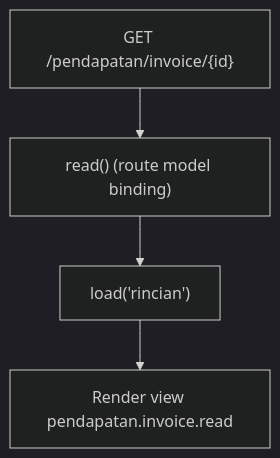
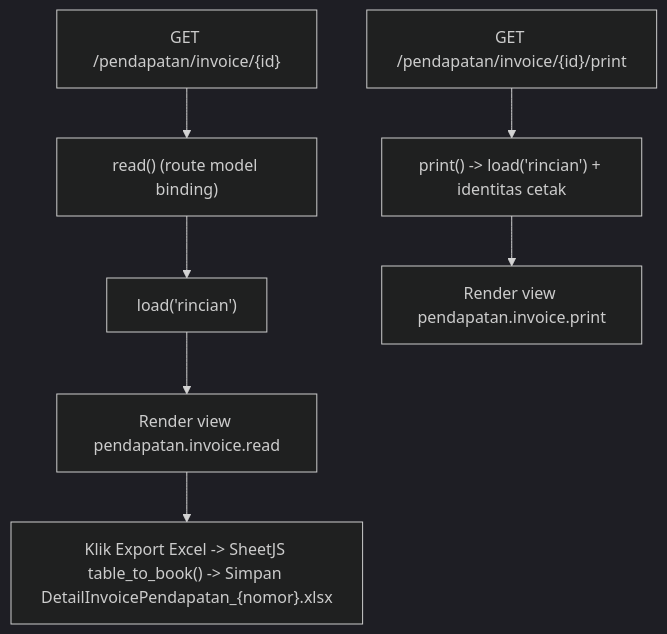
Before and after one commit to AltamaSidoarjo/laravel-siakurat-pt-smt: the second of 2 diagrams in dokumentasi/pendapatan-invoice.md, drawn with Mermaid (dark theme). The commit also changed other lines of this file and 5 other files, not shown here.

Commit message:
feat(pendapatan-invoice): tambah fitur print dan export excel di detail invoice

````diff
--- a/dokumentasi/pendapatan-invoice.md
+++ b/dokumentasi/pendapatan-invoice.md
@@ -53,6 +56,9 @@
 ```mermaid
 flowchart TD
     A["GET /pendapatan/invoice/{id}"] --> B["read() (route model binding)"]
     B --> C["load('rincian')"]
     C --> D["Render view pendapatan.invoice.read"]
+    D --> E["Klik Export Excel -> SheetJS table_to_book() -> Simpan DetailInvoicePendapatan_{nomor}.xlsx"]
+    F["GET /pendapatan/invoice/{id}/print"] --> G["print() -> load('rincian') + identitas cetak"]
+    G --> H["Render view pendapatan.invoice.print"]
 ```
````
